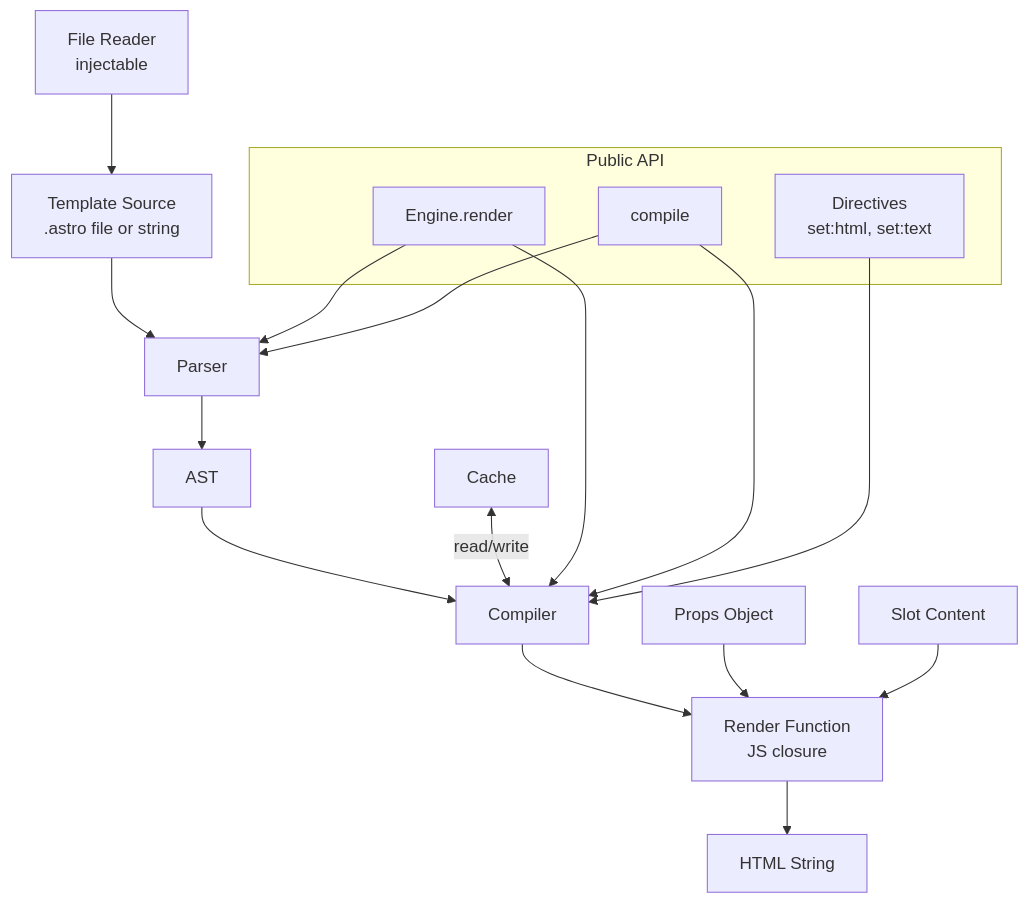
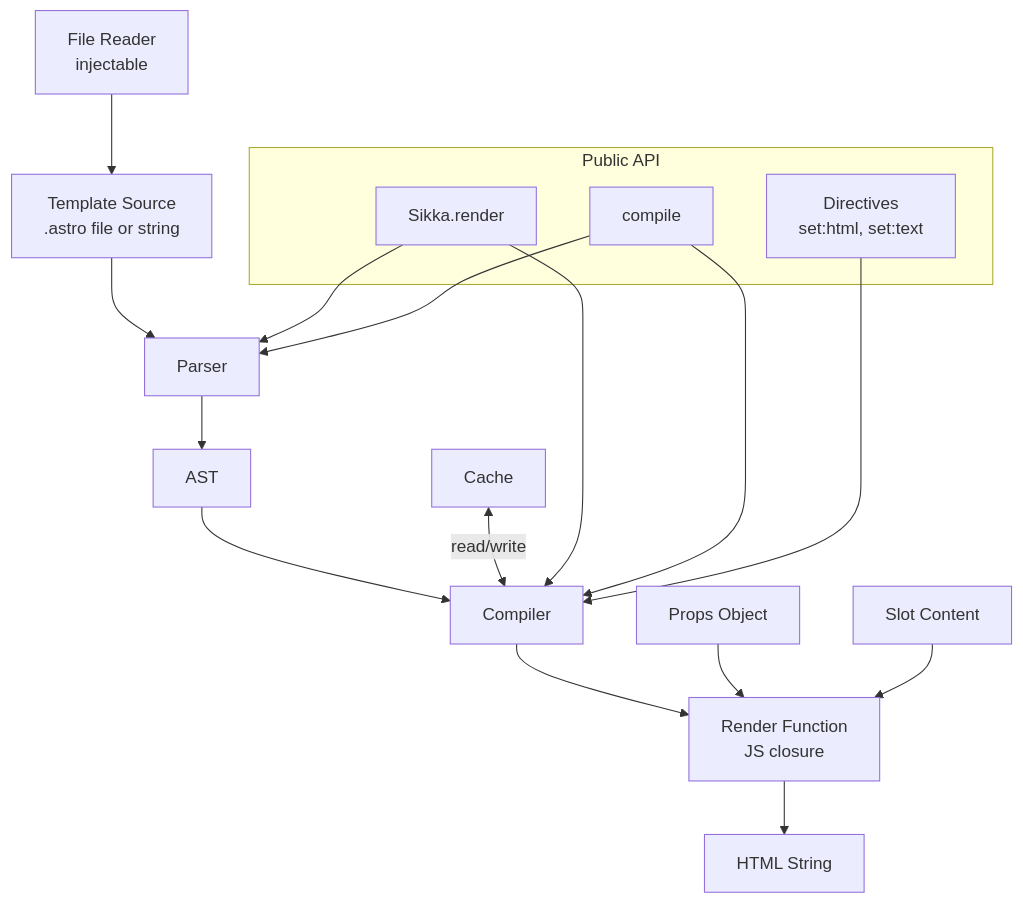
One commit to ws-rush/sikka changed the diagram in AGENTS.md. Above: the diagram before and after it, drawn with Mermaid. The commit also changed other lines of this file and 28 other files, not shown here.

First line of the commit message:
refactor: rename Engine class to Sikka and EngineOptions to SikkaOptions

````diff
--- a/AGENTS.md
+++ b/AGENTS.md
@@ -17,26 +17,26 @@
 ```mermaid
 flowchart TD
     A[Template Source\n.astro file or string] --> B[Parser]
     B --> C[AST]
     C --> D[Compiler]
     D --> E[Render Function\nJS closure]
     E --> F[HTML String]
 
     G[Props Object] --> E
     H[Slot Content] --> E
 
     I[Cache] <-->|read/write| D
     J[File Reader\ninjectable] --> A
 
     subgraph Public API
-        K[Engine.render]
+        K[Sikka.render]
         L[compile]
         M[Directives\nset:html, set:text]
     end
 
     K --> B
     L --> B
     K --> D
     L --> D
     M --> D
 ```
````
